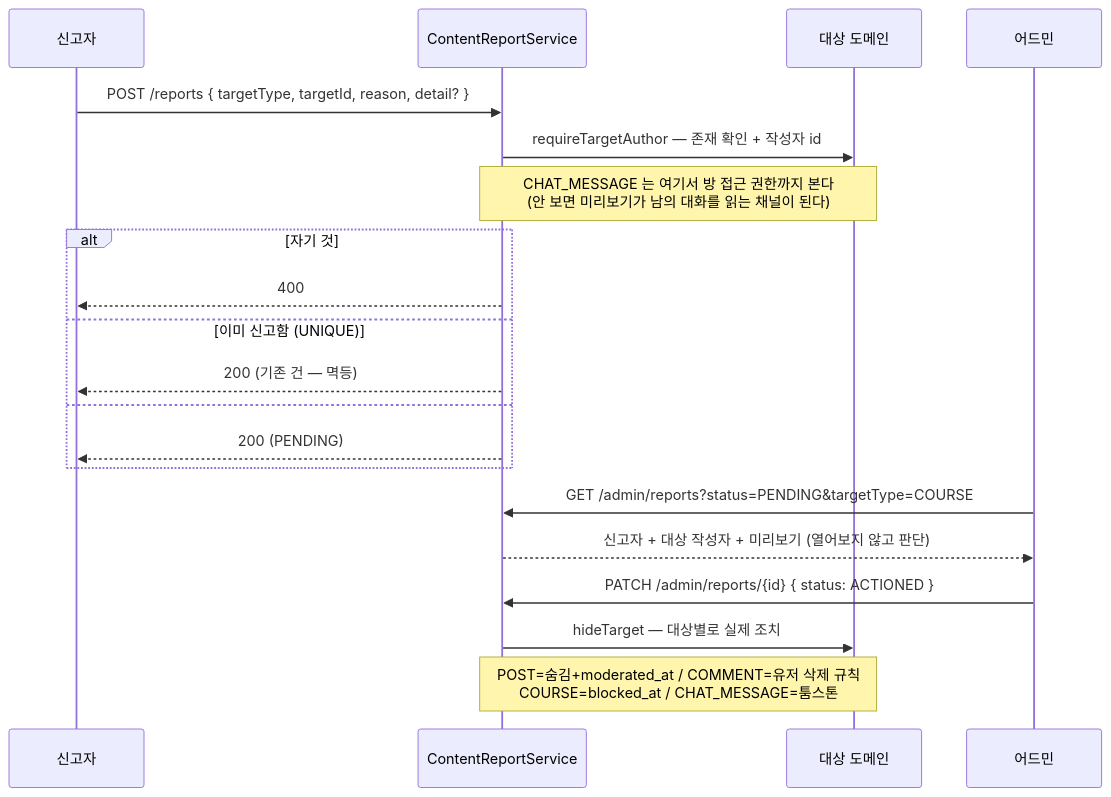
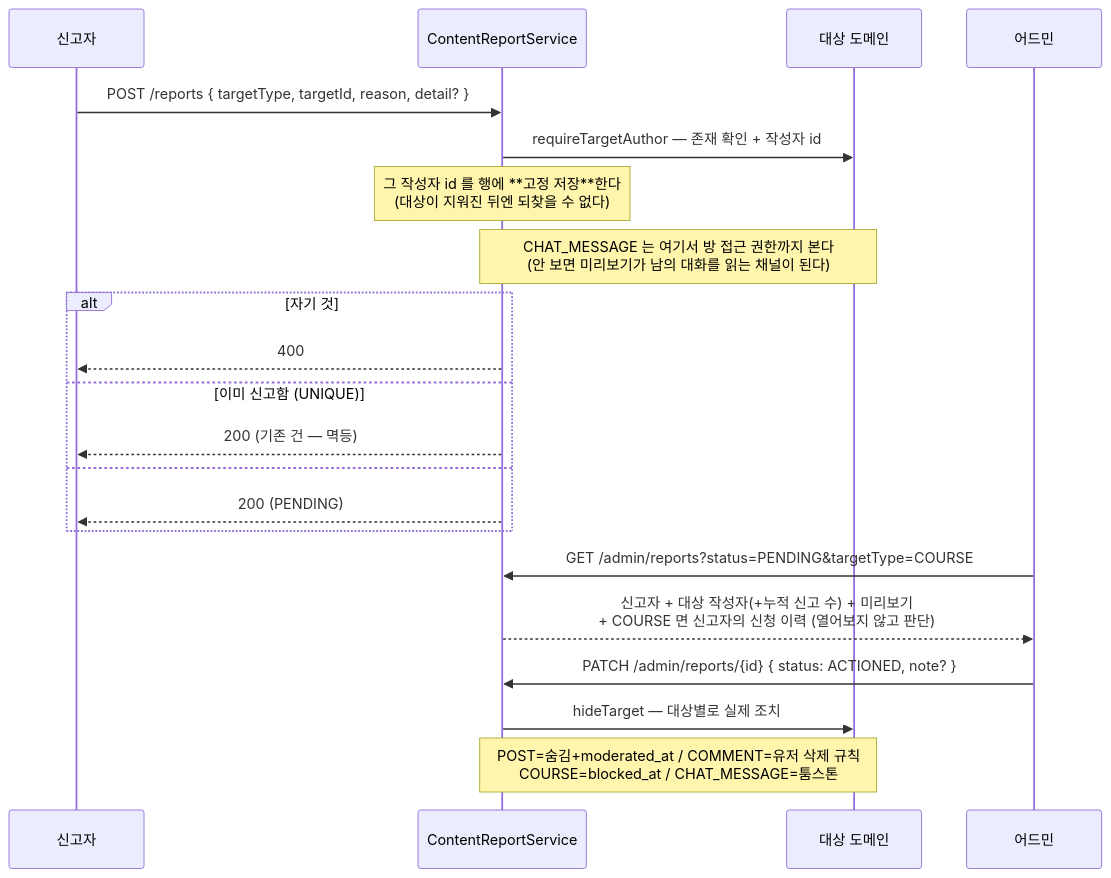
The second of 4 diagrams in docs/architecture/moderation.md (pungdong/Pungdong-Backend), drawn with Mermaid before and after one commit. The commit also changed other lines of this file and 2 other files, not shown here.

````diff
--- a/docs/architecture/moderation.md
+++ b/docs/architecture/moderation.md
@@ -43,24 +44,25 @@
 ```mermaid
 sequenceDiagram
   participant U as 신고자
   participant RS as ContentReportService
   participant T as 대상 도메인
   participant A as 어드민
 
   U->>RS: POST /reports { targetType, targetId, reason, detail? }
   RS->>T: requireTargetAuthor — 존재 확인 + 작성자 id
+  Note over RS: 그 작성자 id 를 행에 **고정 저장**한다<br/>(대상이 지워진 뒤엔 되찾을 수 없다)
   Note over RS,T: CHAT_MESSAGE 는 여기서 방 접근 권한까지 본다<br/>(안 보면 미리보기가 남의 대화를 읽는 채널이 된다)
   alt 자기 것
     RS-->>U: 400
   else 이미 신고함 (UNIQUE)
     RS-->>U: 200 (기존 건 — 멱등)
   else
     RS-->>U: 200 (PENDING)
   end
 
   A->>RS: GET /admin/reports?status=PENDING&targetType=COURSE
-  RS-->>A: 신고자 + 대상 작성자 + 미리보기 (열어보지 않고 판단)
-  A->>RS: PATCH /admin/reports/{id} { status: ACTIONED }
+  RS-->>A: 신고자 + 대상 작성자(+누적 신고 수) + 미리보기<br/>+ COURSE 면 신고자의 신청 이력 (열어보지 않고 판단)
+  A->>RS: PATCH /admin/reports/{id} { status: ACTIONED, note? }
   RS->>T: hideTarget — 대상별로 실제 조치
   Note over RS,T: POST=숨김+moderated_at / COMMENT=유저 삭제 규칙<br/>COURSE=blocked_at / CHAT_MESSAGE=툼스톤
 ```
````
